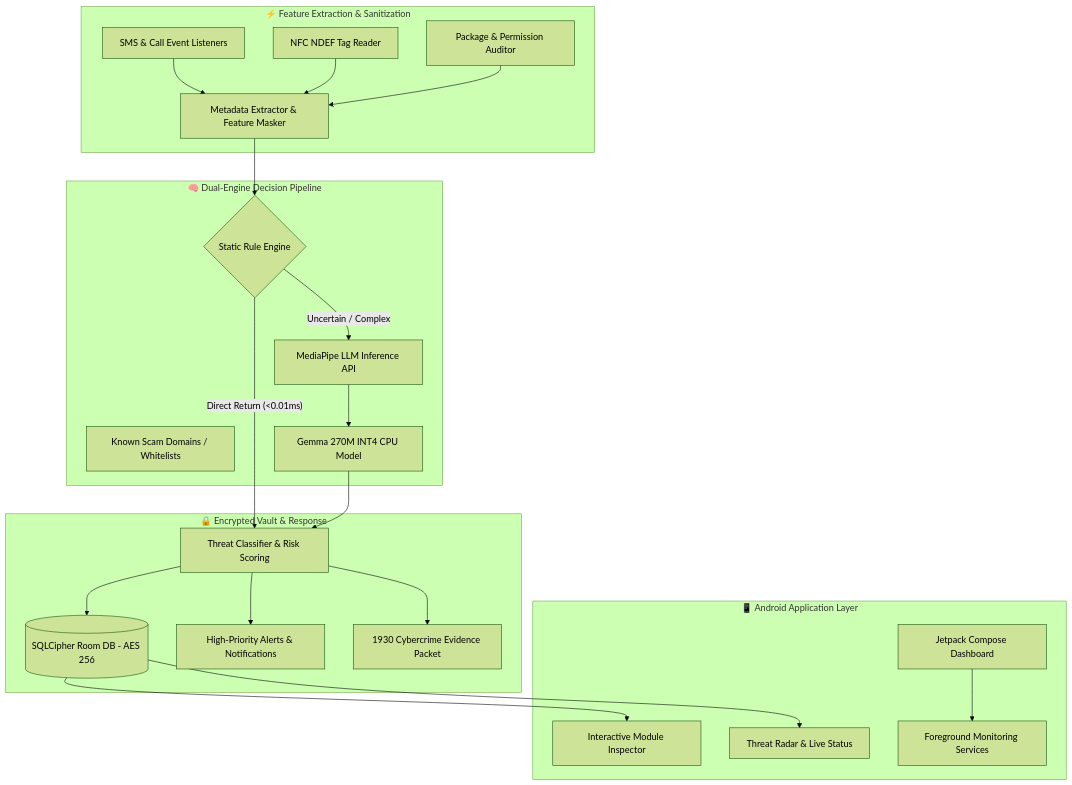
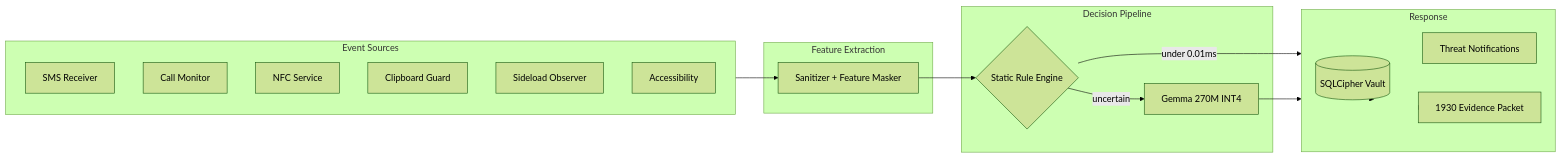
One commit to RABNEER/Cipher changed the diagram in README.md. Above: the diagram before and after it, drawn with Mermaid (forest theme). The commit also changed other lines of this file and 37 other files, not shown here.

````diff
--- a/README.md
+++ b/README.md
@@ -64,39 +82,27 @@
 ```mermaid
-flowchart TD
-    subgraph UI ["📱 Android Application Layer"]
-        A[Jetpack Compose Dashboard]
-        B[Interactive Module Inspector]
-        C[Threat Radar & Live Status]
-        D[Foreground Monitoring Services]
+flowchart LR
+    subgraph S["Event Sources"]
+        E1[SMS Receiver]
+        E2[Call Monitor]
+        E3[NFC Service]
+        E4[Clipboard Guard]
+        E5[Sideload Observer]
+        E6[Accessibility]
     end
-
-    subgraph Core ["⚡ Feature Extraction & Sanitization"]
-        E[SMS & Call Event Listeners]
-        F[NFC NDEF Tag Reader]
-        G[Package & Permission Auditor]
-        H[Metadata Extractor & Feature Masker]
+    subgraph P["Feature Extraction"]
+        H[Sanitizer + Feature Masker]
     end
-
-    subgraph Engine ["🧠 Dual-Engine Decision Pipeline"]
-        I{Static Rule Engine}
-        J[Known Scam Domains / Whitelists]
-        K[MediaPipe LLM Inference API]
-        L[Gemma 270M INT4 CPU Model]
+    subgraph D["Decision Pipeline"]
+        R{Static Rule Engine}
+        G[Gemma 270M INT4]
     end
-
-    subgraph Storage ["🔒 Encrypted Vault & Response"]
-        M[Threat Classifier & Risk Scoring]
-        N[(SQLCipher Room DB - AES 256)]
-        O[High-Priority Alerts & Notifications]
-        P[1930 Cybercrime Evidence Packet]
+    subgraph O["Response"]
+        T[(SQLCipher Vault)]
+        N[Threat Notifications]
+        X[1930 Evidence Packet]
     end
-
-    A --> D
-    E & F & G --> H
-    H --> I
-    I -- "Direct Return (<0.01ms)" --> M
-    I -- "Uncertain / Complex" --> K
-    K --> L --> M
-    M --> N & O & P
-    N --> C & B
+    S --> H --> R
+    R -- "under 0.01ms" --> O
+    R -- "uncertain" --> G --> O
+    O --> T & N & X
 ```
````
